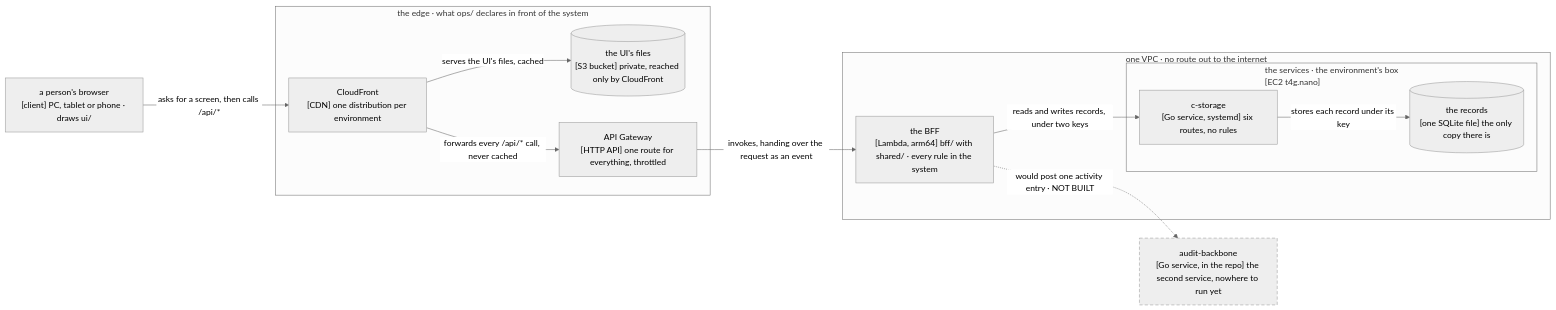
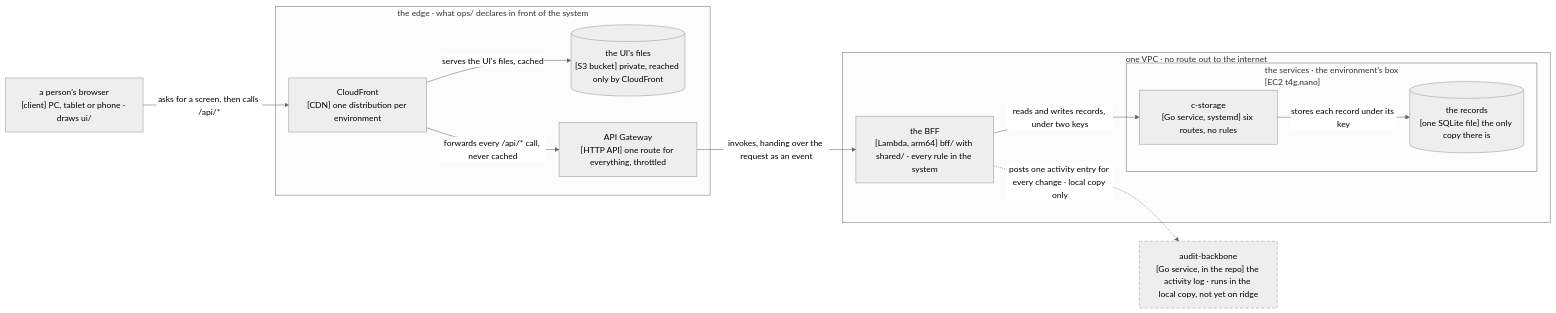
Before and after one commit to ancJ29/credo: the diagram in docs/architecture.md, drawn with Mermaid (neutral theme). The commit also changed other lines of this file and 16 other files, not shown here.

First line of the commit message:
feat(audit): the checks hold, the pages say the service is called, and the quick-start has the new command

````diff
--- a/docs/architecture.md
+++ b/docs/architecture.md
@@ -15,26 +15,26 @@
 ```mermaid
 flowchart LR
   browser["a person's browser<br/>[client] PC, tablet or phone · draws ui/"]
   subgraph edge["the edge · what ops/ declares in front of the system"]
     cdn["CloudFront<br/>[CDN] one distribution per environment"]
     s3[("the UI's files<br/>[S3 bucket] private, reached only by CloudFront")]
     api["API Gateway<br/>[HTTP API] one route for everything, throttled"]
   end
   subgraph vpc["one VPC · no route out to the internet"]
     bff["the BFF<br/>[Lambda, arm64] bff/ with shared/ · every rule in the system"]
     subgraph box["the services · the environment's box<br/>[EC2 t4g.nano]"]
       cs["c-storage<br/>[Go service, systemd] six routes, no rules"]
       db[("the records<br/>[one SQLite file] the only copy there is")]
     end
   end
-  ab["audit-backbone<br/>[Go service, in the repo] the second service, nowhere to run yet"]
+  ab["audit-backbone<br/>[Go service, in the repo] the activity log · runs in the local copy, not yet on ridge"]
   browser -- "asks for a screen, then calls /api/*" --> cdn
   cdn -- "serves the UI's files, cached" --> s3
   cdn -- "forwards every /api/* call, never cached" --> api
   api -- "invokes, handing over the request as an event" --> bff
   bff -- "reads and writes records, under two keys" --> cs
   cs -- "stores each record under its key" --> db
-  bff -. "would post one activity entry · NOT BUILT" .-> ab
+  bff -. "posts one activity entry for every change · local copy only" .-> ab
   classDef intended stroke-dasharray: 6 4
   class ab intended
 ```
````
